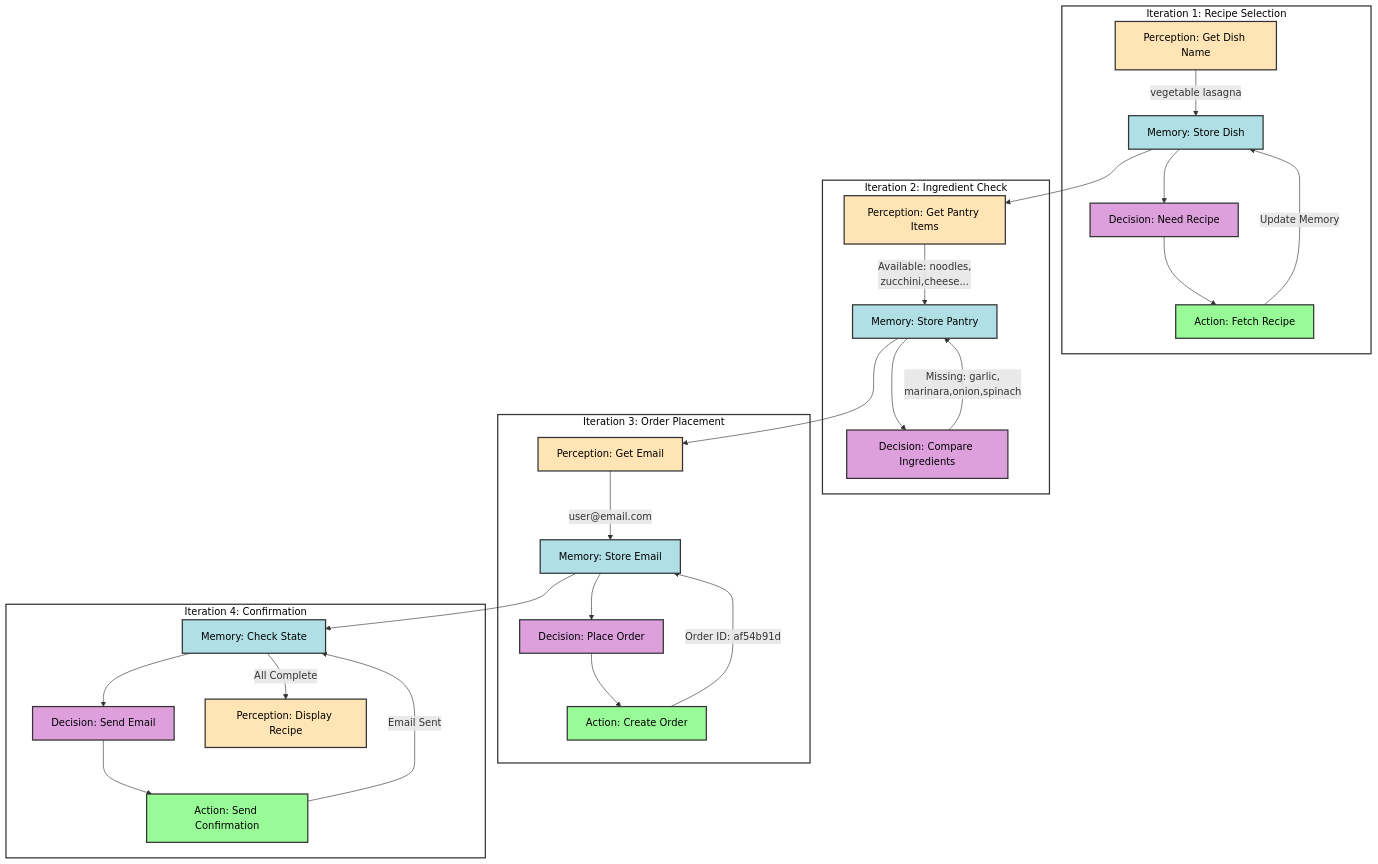
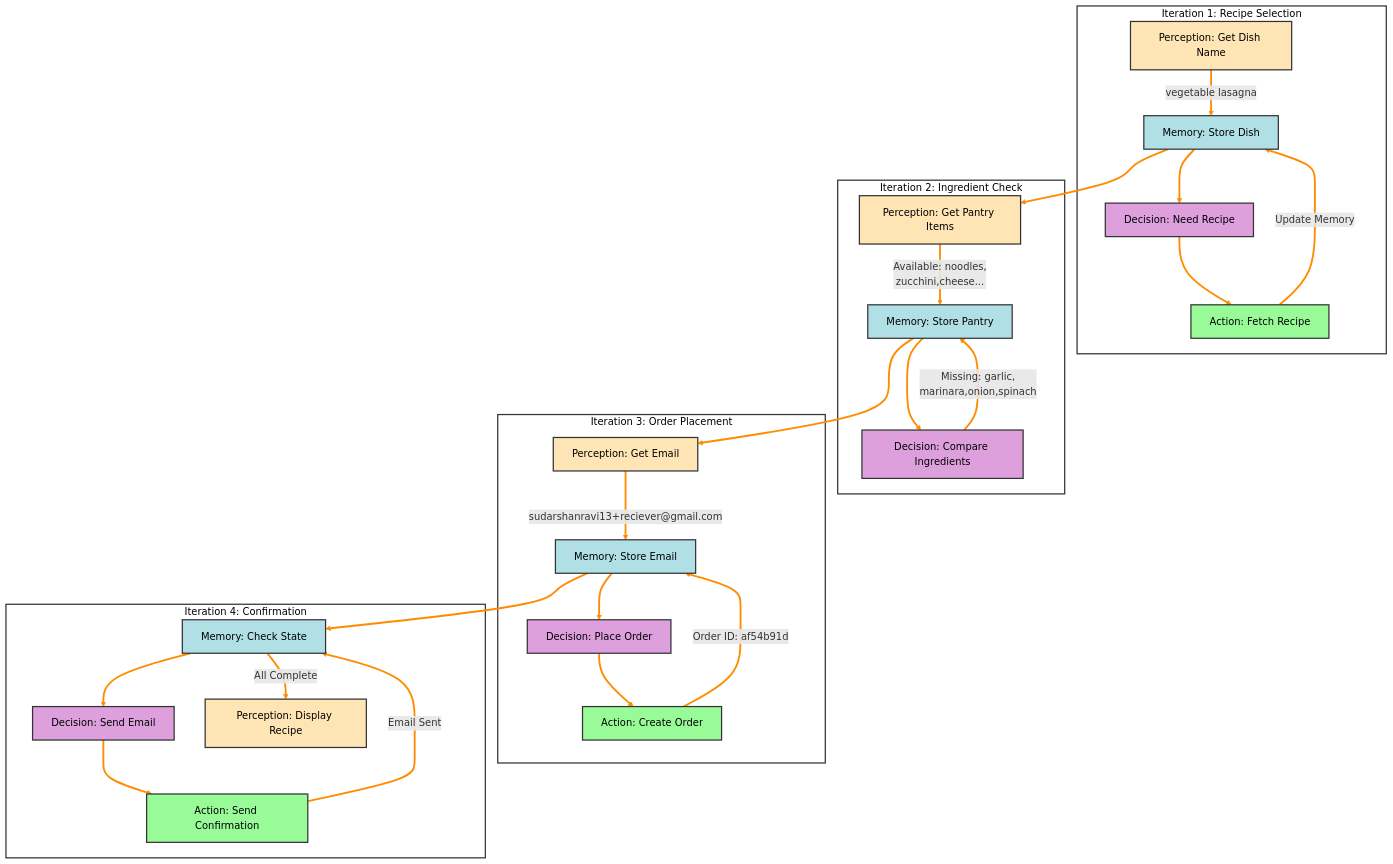
One commit to SXD390/EAG-V1-Assignment-6 changed the third of 3 diagrams in README.md. Above: the diagram before and after it, drawn with Mermaid. The commit also changed other lines of this file, not shown here.

````diff
--- a/README.md
+++ b/README.md
@@ -229,57 +242,60 @@
 ```mermaid
 graph TD
+    %% Define arrow styles
+    linkStyle default stroke:#ff8c00,stroke-width:3px
+
     subgraph iter1[Iteration 1: Recipe Selection]
         P1[Perception: Get Dish Name] -->|"vegetable lasagna"| M1[Memory: Store Dish]
         M1 --> D1[Decision: Need Recipe]
         D1 --> A1[Action: Fetch Recipe]
         A1 -->|"Update Memory"| M1
     end
 
     subgraph iter2[Iteration 2: Ingredient Check]
         P2[Perception: Get Pantry Items] -->|"Available: noodles,<br/>zucchini,cheese..."| M2[Memory: Store Pantry]
         M2 --> D2[Decision: Compare Ingredients]
         D2 -->|"Missing: garlic,<br/>marinara,onion,spinach"| M2
     end
 
     subgraph iter3[Iteration 3: Order Placement]
-        P3[Perception: Get Email] -->|"user@email.com"| M3[Memory: Store Email]
+        P3[Perception: Get Email] -->|"sudarshanravi13+reciever@gmail.com"| M3[Memory: Store Email]
         M3 --> D3[Decision: Place Order]
         D3 --> A3[Action: Create Order]
         A3 -->|"Order ID: af54b91d"| M3
     end
 
     subgraph iter4[Iteration 4: Confirmation]
         M4[Memory: Check State] --> D4[Decision: Send Email]
         D4 --> A4[Action: Send Confirmation]
         A4 -->|"Email Sent"| M4
         M4 -->|"All Complete"| P4[Perception: Display Recipe]
     end
 
     M1 --> P2
     M2 --> P3
     M3 --> M4
 
     style P1 fill:#ffe4b5,stroke:#333,stroke-width:2px,color:#000
     style P2 fill:#ffe4b5,stroke:#333,stroke-width:2px,color:#000
     style P3 fill:#ffe4b5,stroke:#333,stroke-width:2px,color:#000
     style P4 fill:#ffe4b5,stroke:#333,stroke-width:2px,color:#000
 
     style M1 fill:#b0e0e6,stroke:#333,stroke-width:2px,color:#000
     style M2 fill:#b0e0e6,stroke:#333,stroke-width:2px,color:#000
     style M3 fill:#b0e0e6,stroke:#333,stroke-width:2px,color:#000
     style M4 fill:#b0e0e6,stroke:#333,stroke-width:2px,color:#000
 
     style D1 fill:#dda0dd,stroke:#333,stroke-width:2px,color:#000
     style D2 fill:#dda0dd,stroke:#333,stroke-width:2px,color:#000
     style D3 fill:#dda0dd,stroke:#333,stroke-width:2px,color:#000
     style D4 fill:#dda0dd,stroke:#333,stroke-width:2px,color:#000
 
     style A1 fill:#98fb98,stroke:#333,stroke-width:2px,color:#000
     style A3 fill:#98fb98,stroke:#333,stroke-width:2px,color:#000
     style A4 fill:#98fb98,stroke:#333,stroke-width:2px,color:#000
 
     style iter1 fill:#ffffff,stroke:#333,stroke-width:2px,color:#000
     style iter2 fill:#ffffff,stroke:#333,stroke-width:2px,color:#000
     style iter3 fill:#ffffff,stroke:#333,stroke-width:2px,color:#000
     style iter4 fill:#ffffff,stroke:#333,stroke-width:2px,color:#000
 ```
````
